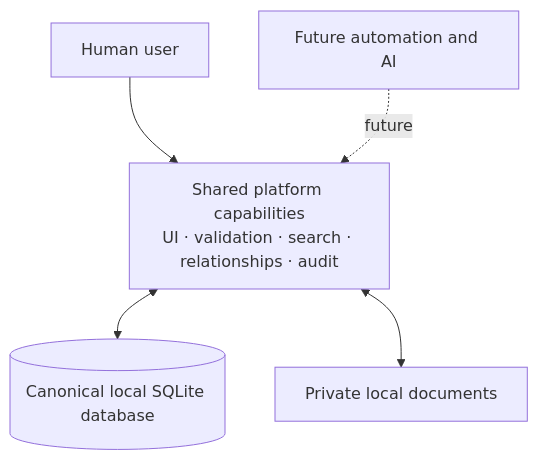
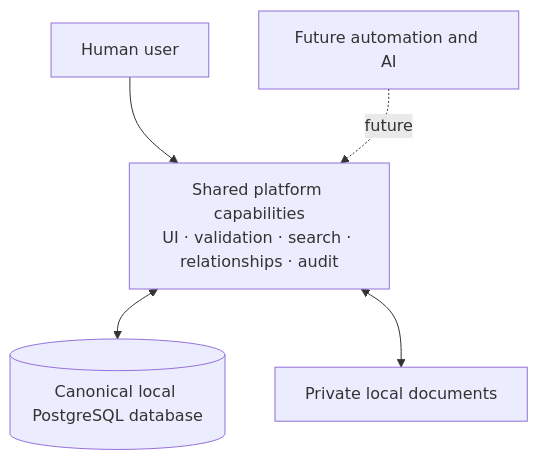
Before and after one commit to yogurtreceptor/project-e: the diagram in README.md, drawn with Mermaid. The commit also changed other lines of this file and 53 other files, not shown here.

First line of the commit message:
Migrate local persistence to PostgreSQL

````diff
--- a/README.md
+++ b/README.md
@@ -17,13 +17,13 @@
 ```mermaid
 flowchart TB
     H["Human user"]
     F["Future automation and AI"]
     P["Shared platform capabilities<br/>UI · validation · search · relationships · audit"]
-    D[("Canonical local SQLite database")]
+    D[("Canonical local PostgreSQL database")]
     X["Private local documents"]
 
     H --> P
     F -. future .-> P
     P <--> D
     P <--> X
 ```
````
